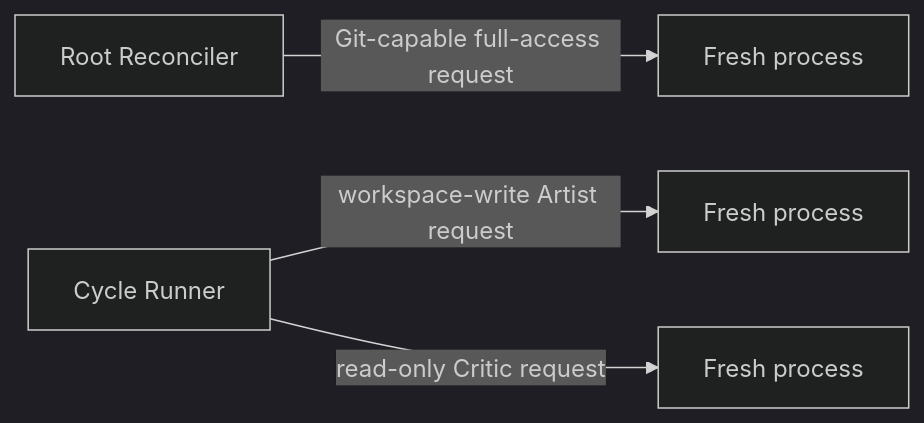
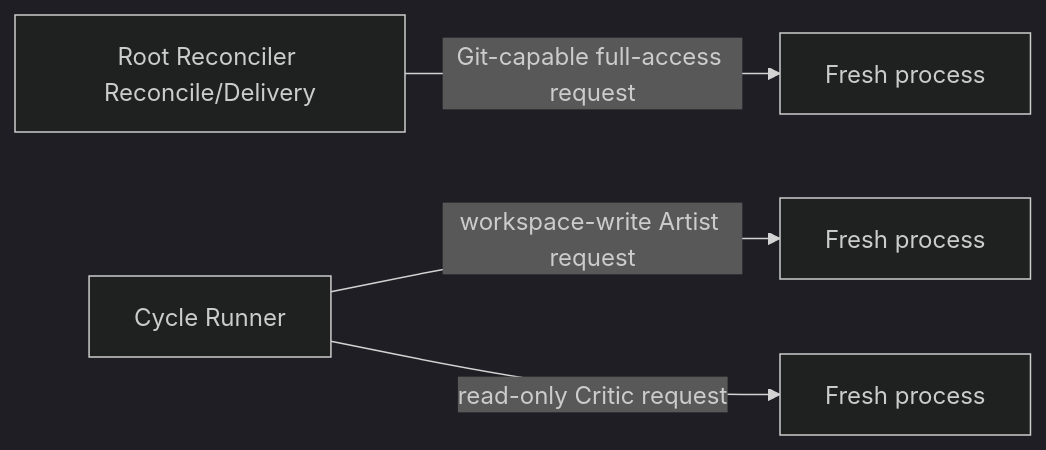
The diagram in docs/architecture/performer.md (hallucination-studio/symphony), drawn with Mermaid (dark theme) before and after one commit. The commit also changed other lines of this file and 76 other files, not shown here.

````diff
--- a/docs/architecture/performer.md
+++ b/docs/architecture/performer.md
@@ -107,7 +108,7 @@
 ```mermaid
 %% source-rules: PF-SESSION-001 PF-SESSION-002 PF-SESSION-003 PF-PERM-001 PF-PERM-002 PF-PERM-003
 flowchart LR
-  RR[Root Reconciler] -->|Git-capable full-access request| P1[Fresh process]
+  RR[Root Reconciler Reconcile/Delivery] -->|Git-capable full-access request| P1[Fresh process]
   CR[Cycle Runner] -->|workspace-write Artist request| P2[Fresh process]
   CR -->|read-only Critic request| P3[Fresh process]
 ```
````
